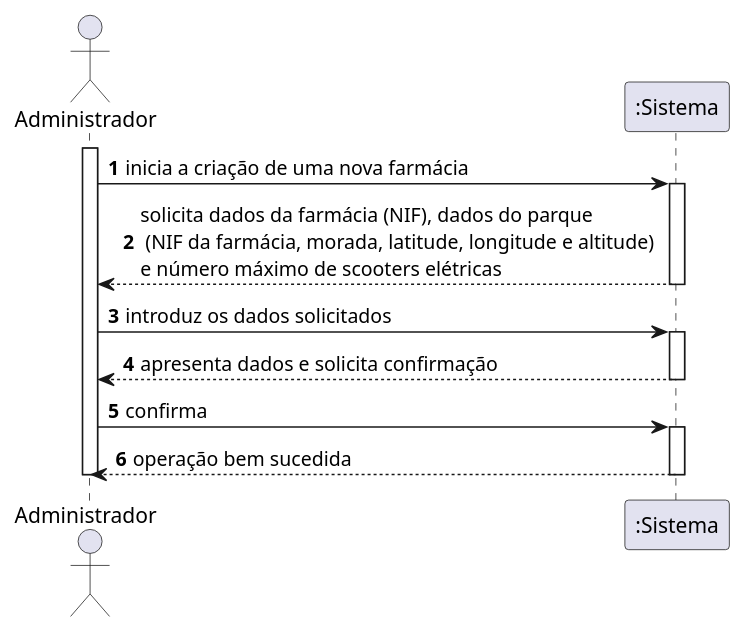
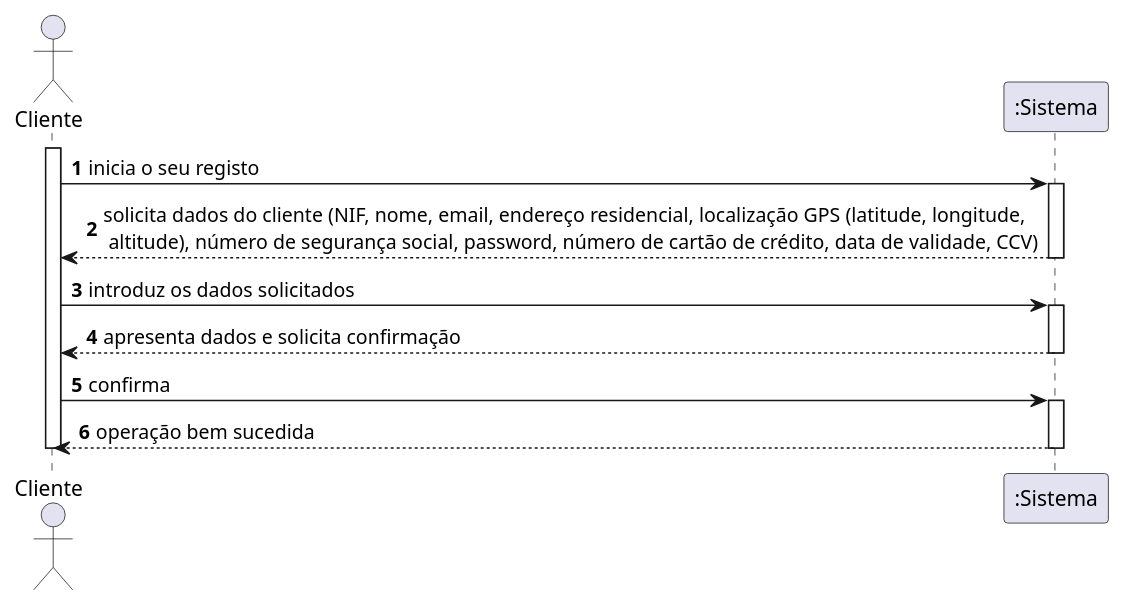
The diagram in docs/UC8/SSD-REGISTAR FARMACIA.puml (pedrolemos4/LAPR3), drawn with PlantUML before and after one commit. The commit also changed 6 other files, not shown here.

```diff
--- a/docs/UC8/SSD-REGISTAR FARMACIA.puml
+++ b/docs/UC8/SSD-REGISTAR FARMACIA.puml
@@ -1,22 +1,22 @@
 @startuml
 autonumber
-actor "Administrador" as ADM
+actor "Cliente" as CL
 
-activate ADM
-ADM -> ":Sistema" : inicia a criação de uma nova farmácia
+activate CL
+CL -> ":Sistema" : inicia o seu registo
 activate ":Sistema"
-":Sistema" --> ADM : solicita dados da farmácia (NIF), dados do parque\n (NIF da farmácia, morada, latitude, longitude e altitude) \ne número máximo de scooters elétricas
+":Sistema" --> CL : solicita dados do cliente (NIF, nome, email, endereço residencial, localização GPS (latitude, longitude,\n altitude), número de segurança social, password, número de cartão de crédito, data de validade, CCV)
 deactivate ":Sistema"
 
-ADM -> ":Sistema" : introduz os dados solicitados
+CL -> ":Sistema" : introduz os dados solicitados
 activate ":Sistema"
-":Sistema" --> ADM : apresenta dados e solicita confirmação
+":Sistema" --> CL : apresenta dados e solicita confirmação
 deactivate ":Sistema"
 
-ADM -> ":Sistema" : confirma
+CL -> ":Sistema" : confirma
 activate ":Sistema"
-":Sistema" --> ADM : operação bem sucedida
+":Sistema" --> CL : operação bem sucedida
 deactivate ":Sistema"
 
-deactivate ADM
+deactivate CL
 @enduml
```
